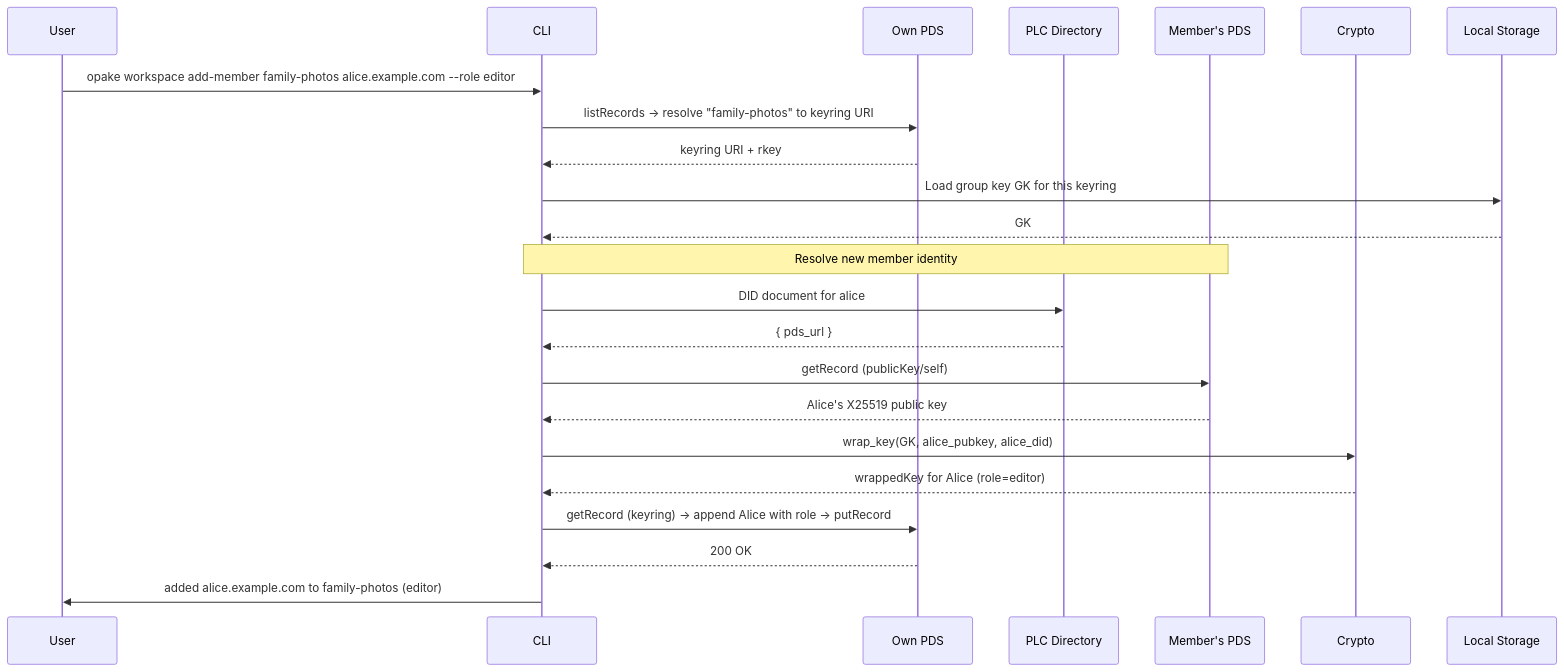
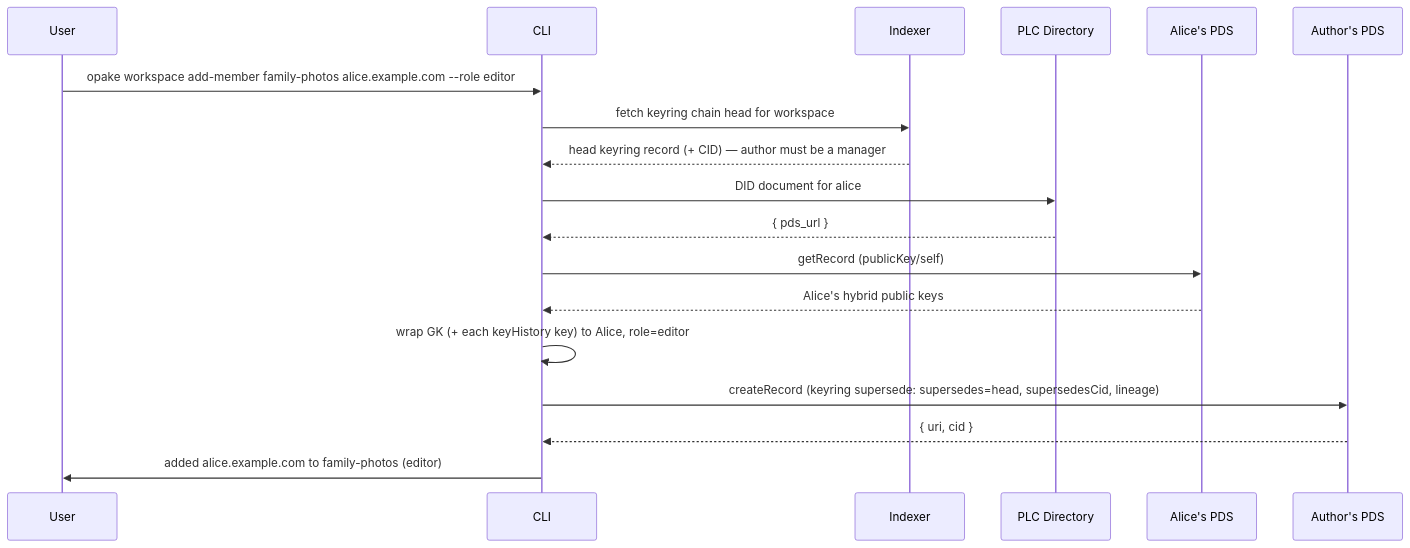
The fourth of 8 diagrams in docs/flows/keyrings.md (Sans-Self/Opake), drawn with Mermaid before and after one commit. The commit also changed other lines of this file and 35 other files, not shown here.

````diff
--- a/docs/flows/keyrings.md
+++ b/docs/flows/keyrings.md
@@ -81,32 +98,25 @@
 ```mermaid
 sequenceDiagram
     participant User
     participant CLI
-    participant PDS as Own PDS
+    participant IX as Indexer
     participant PLC as PLC Directory
-    participant MemberPDS as Member's PDS
-    participant Crypto
-    participant Disk as Local Storage
+    participant MemberPDS as Alice's PDS
+    participant PDS as Author's PDS
 
     User->>CLI: opake workspace add-member family-photos alice.example.com --role editor
 
-    CLI->>PDS: listRecords → resolve "family-photos" to keyring URI
-    PDS-->>CLI: keyring URI + rkey
+    CLI->>IX: fetch keyring chain head for workspace
+    IX-->>CLI: head keyring record (+ CID) — author must be a manager
 
-    CLI->>Disk: Load group key GK for this keyring
-    Disk-->>CLI: GK
-
-    Note over CLI,MemberPDS: Resolve new member identity
     CLI->>PLC: DID document for alice
     PLC-->>CLI: { pds_url }
     CLI->>MemberPDS: getRecord (publicKey/self)
-    MemberPDS-->>CLI: Alice's X25519 public key
+    MemberPDS-->>CLI: Alice's hybrid public keys
 
-    CLI->>Crypto: wrap_key(GK, alice_pubkey, alice_did)
-    Crypto-->>CLI: wrappedKey for Alice (role=editor)
-
-    CLI->>PDS: getRecord (keyring) → append Alice with role → putRecord
-    PDS-->>CLI: 200 OK
+    CLI->>CLI: wrap GK (+ each keyHistory key) to Alice, role=editor
+    CLI->>PDS: createRecord (keyring supersede: supersedes=head, supersedesCid, lineage)
+    PDS-->>CLI: { uri, cid }
 
     CLI->>User: added alice.example.com to family-photos (editor)
 ```
````
